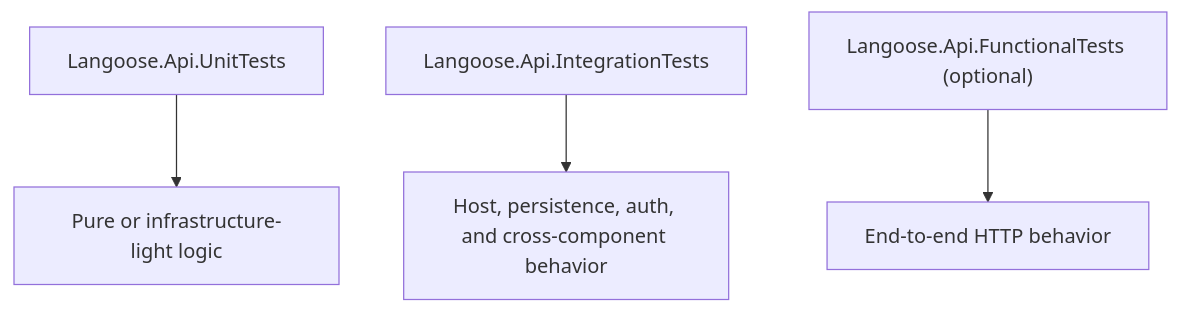
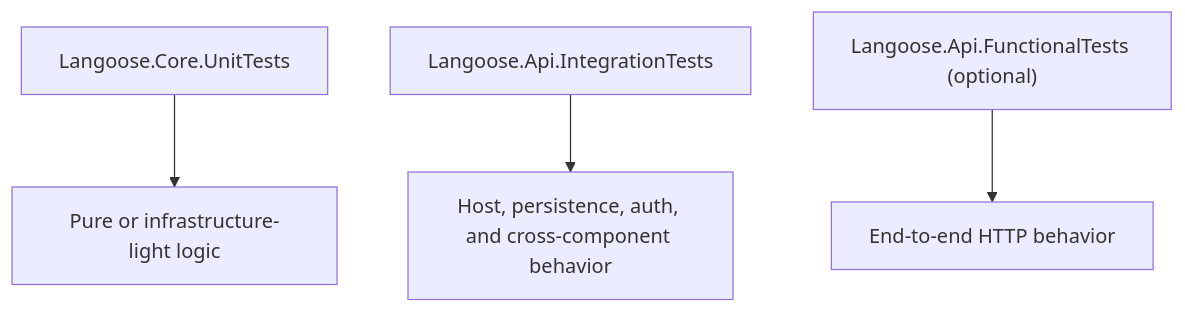
The diagram in docs/agent/dotnet-testing.md (altav1sta/langoose), drawn with Mermaid before and after one commit. The commit also changed other lines of this file and 56 other files, not shown here.

First line of the commit message:
Restructure solution into onion architecture (#80)

````diff
--- a/docs/agent/dotnet-testing.md
+++ b/docs/agent/dotnet-testing.md
@@ -5,6 +5,6 @@
 ```mermaid
 flowchart TD
-  Unit["Langoose.Api.UnitTests"] --> Logic["Pure or infrastructure-light logic"]
+  Unit["Langoose.Core.UnitTests"] --> Logic["Pure or infrastructure-light logic"]
   Integration["Langoose.Api.IntegrationTests"] --> Host["Host, persistence, auth, and cross-component behavior"]
   Functional["Langoose.Api.FunctionalTests (optional)"] --> Http["End-to-end HTTP behavior"]
 ```
````
